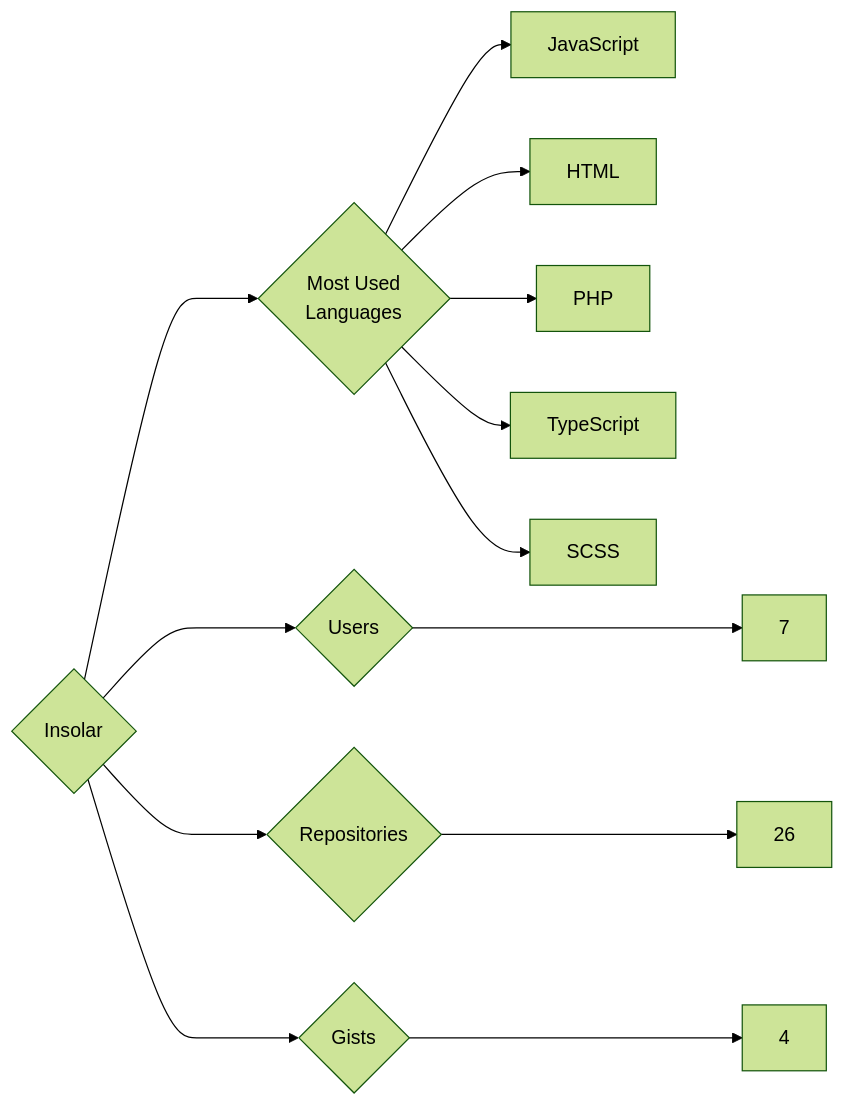
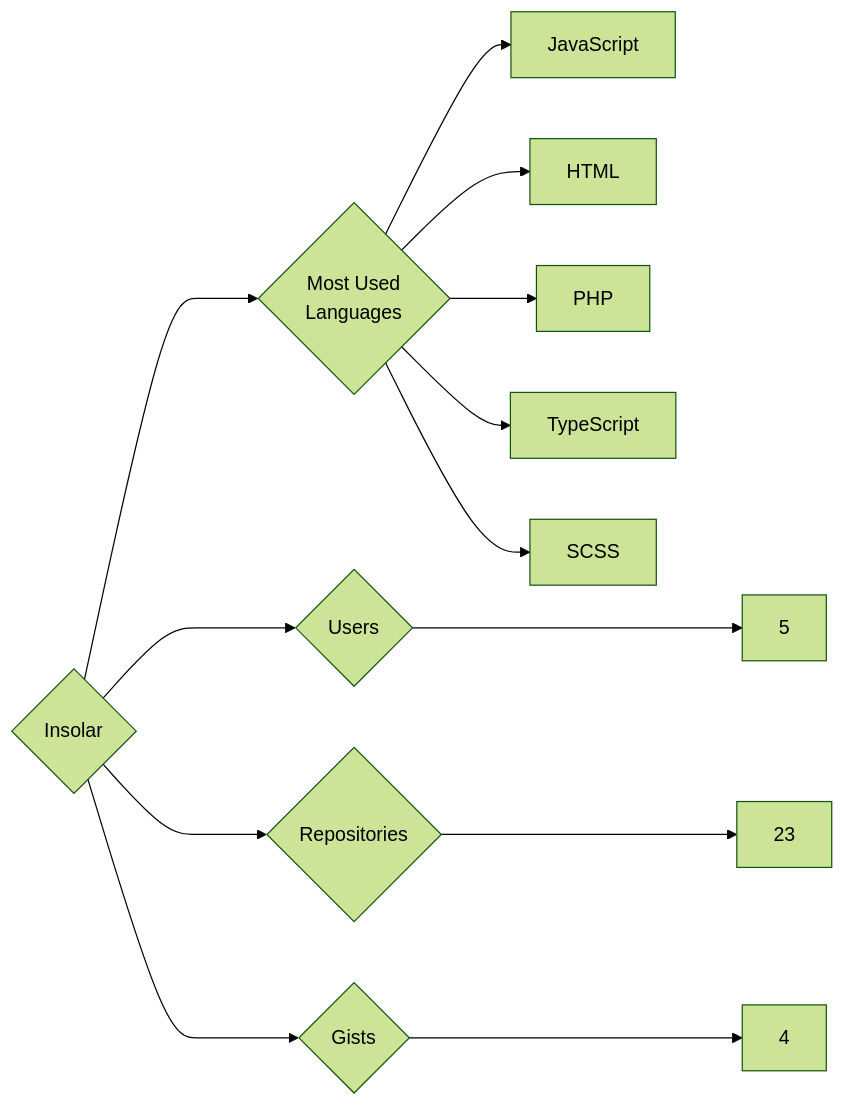
Before and after one commit to trickest/insiders: the diagram in targets/Insolar/README.md, drawn with Mermaid (forest theme). The commit also changed 1020 other files, not shown here.

````diff
--- a/targets/Insolar/README.md
+++ b/targets/Insolar/README.md
@@ -3,13 +3,13 @@
 ```mermaid
 graph LR
 COMPANY_NAME{Insolar}
-COMPANY_NAME ---> U{Users} ---> UN[7]
-COMPANY_NAME ---> R{Repositories} ---> RN[26]
+COMPANY_NAME ---> U{Users} ---> UN[5]
+COMPANY_NAME ---> R{Repositories} ---> RN[23]
 COMPANY_NAME ---> G{Gists} ---> GN[4]
 COMPANY_NAME ---> ML{Most Used<br>Languages}
 ML --> JavaScript[JavaScript]
 ML --> HTML[HTML]
 ML --> PHP[PHP]
 ML --> TypeScript[TypeScript]
 ML --> SCSS[SCSS]
 ```
````
